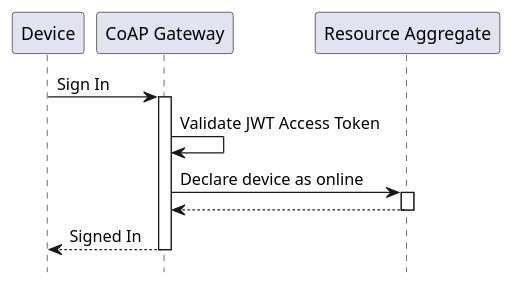
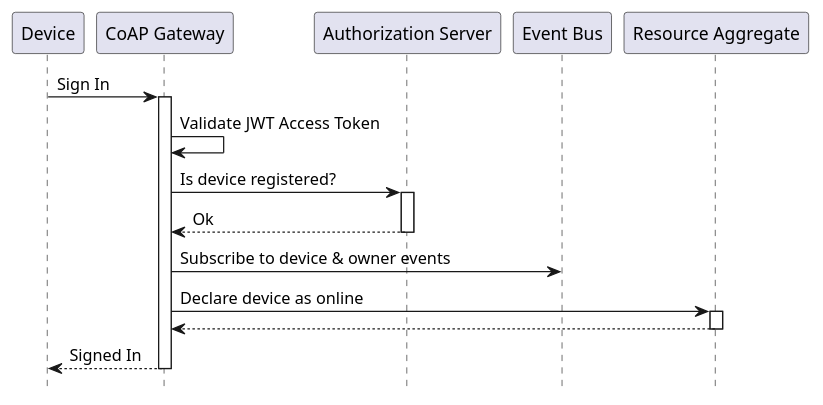
One commit to plgd-dev/doc changed the third of 7 diagrams in content/en/architecture/component-overview.md. Above: the diagram before and after it, drawn with PlantUML. The commit also changed other lines of this file, not shown here.

Commit message:
document device delete (#20)

```diff
--- a/content/en/architecture/component-overview.md
+++ b/content/en/architecture/component-overview.md
@@ -95,17 +95,22 @@
 {{< plantuml id="device-authorization" >}}
 @startuml Sequence
 skinparam backgroundColor transparent
 hide footbox
 
 participant D as "Device"
 participant CGW as "CoAP Gateway"
+participant AS as "Authorization Server"
+participant EB as "Event Bus"
 participant RA as "Resource Aggregate"
 
 D -> CGW ++: Sign In
 CGW -> CGW: Validate JWT Access Token
+CGW -> AS ++: Is device registered?
+return Ok
+CGW -> EB: Subscribe to device & owner events
 CGW -> RA ++: Declare device as online
 return
 return Signed In
 
 @enduml
 {{< /plantuml >}}
```
